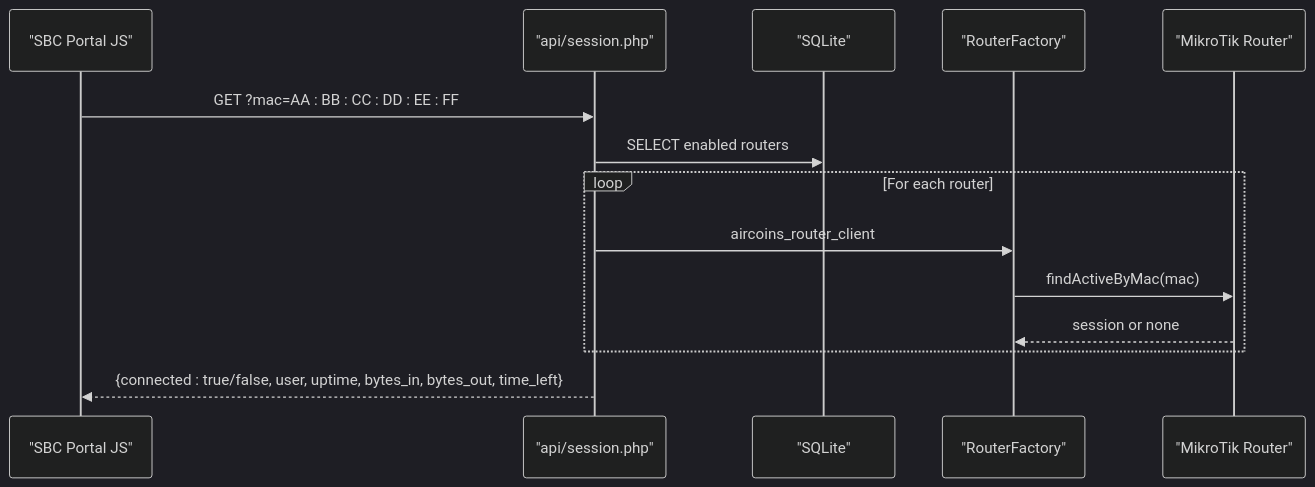
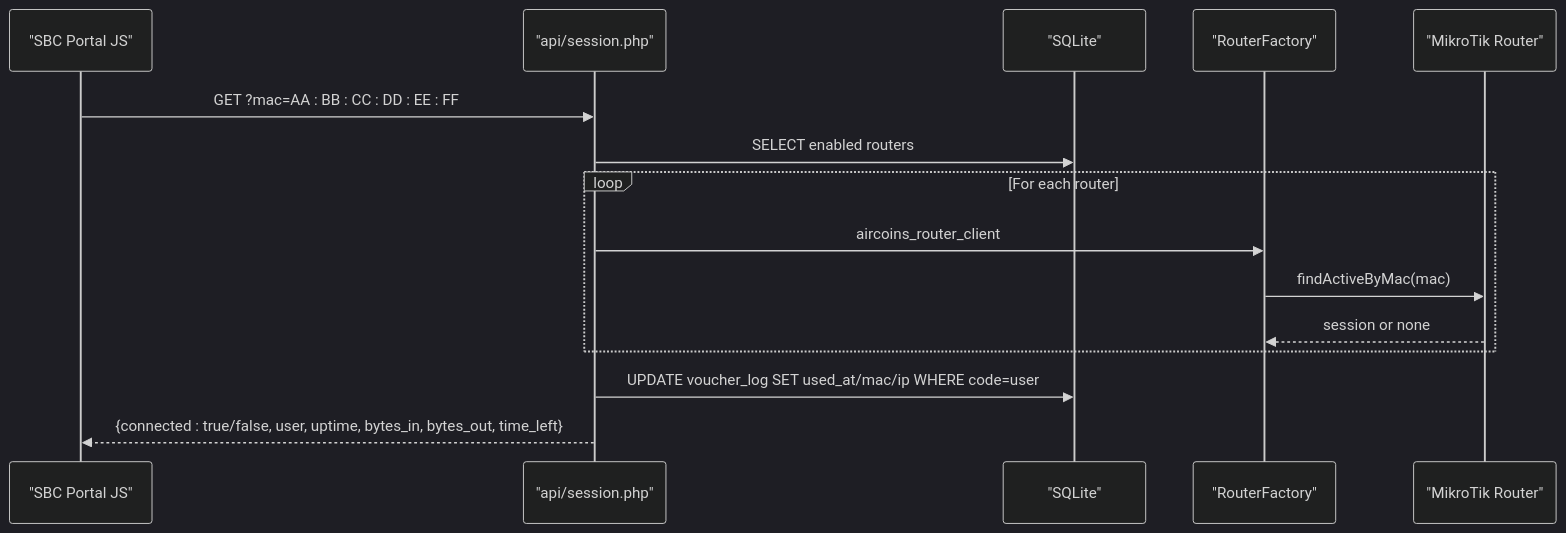
Diagram 12 of 13 in .qoder/repowiki/en/content/Administrative Panel/Hotspot Administration.md (Djnirds1984/MT-CONTROLLER-PISOWIFI), drawn with Mermaid (dark theme) before and after one commit. The commit also changed other lines of this file and 14 other files, not shown here.

````diff
--- a/.qoder/repowiki/en/content/Administrative Panel/Hotspot Administration.md
+++ b/.qoder/repowiki/en/content/Administrative Panel/Hotspot Administration.md
@@ -430,16 +528,17 @@
 ```mermaid
 sequenceDiagram
 participant Portal as "SBC Portal JS"
 participant API as "api/session.php"
 participant DB as "SQLite"
 participant Factory as "RouterFactory"
 participant Router as "MikroTik Router"
 Portal->>API : GET ?mac=AA : BB : CC : DD : EE : FF
 API->>DB : SELECT enabled routers
 loop For each router
 API->>Factory : aircoins_router_client
 Factory->>Router : findActiveByMac(mac)
 Router-->>Factory : session or none
 end
+API->>DB : UPDATE voucher_log SET used_at/mac/ip WHERE code=user
 API-->>Portal : {connected : true/false, user, uptime, bytes_in, bytes_out, time_left}
 ```
````
